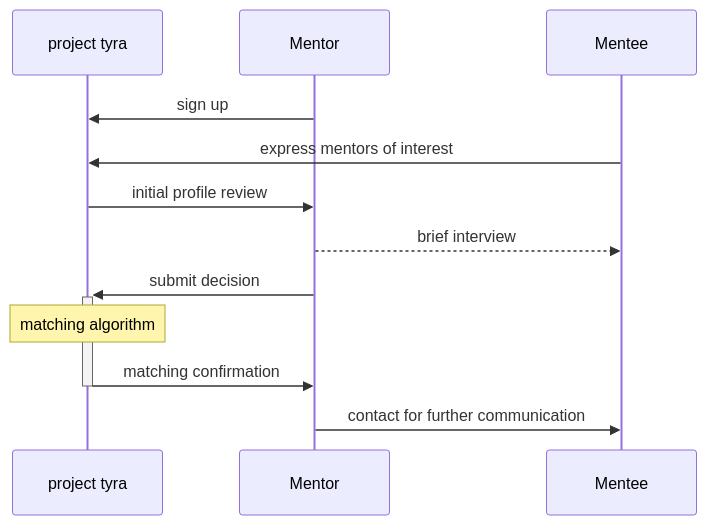
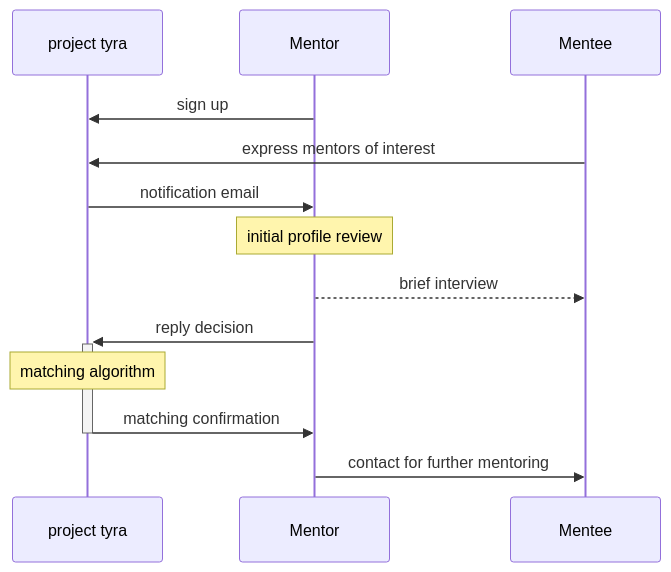
The diagram in README.md (ChenHsieh/MMP_screening), drawn with Mermaid before and after one commit.

````diff
--- a/README.md
+++ b/README.md
@@ -22,12 +22,13 @@
 ```mermaid
 sequenceDiagram
 	link project tyra: website @ https://sites.google.com/view/projecttyra/home
 	Mentor ->> project tyra: sign up
     Mentee ->> project tyra: express mentors of interest
-    project tyra ->> Mentor: initial profile review
+    project tyra ->> Mentor: notification email
+    Note over Mentor: initial profile review
     Mentor -->> Mentee: brief interview
-    Mentor ->>+ project tyra: submit decision
+    Mentor ->>+ project tyra: reply decision
     Note over project tyra: matching algorithm
     project tyra ->>- Mentor: matching confirmation
-    Mentor ->> Mentee: contact for further communication
+    Mentor ->> Mentee: contact for further mentoring
 ```
````
